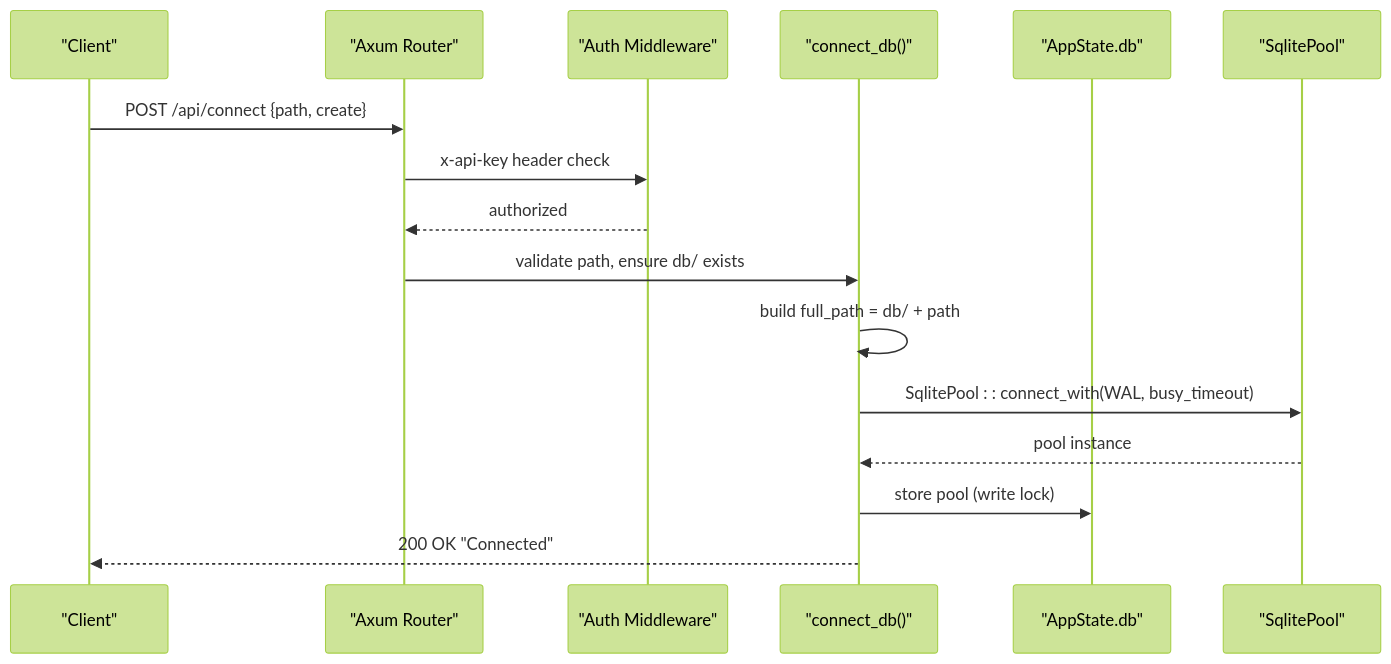
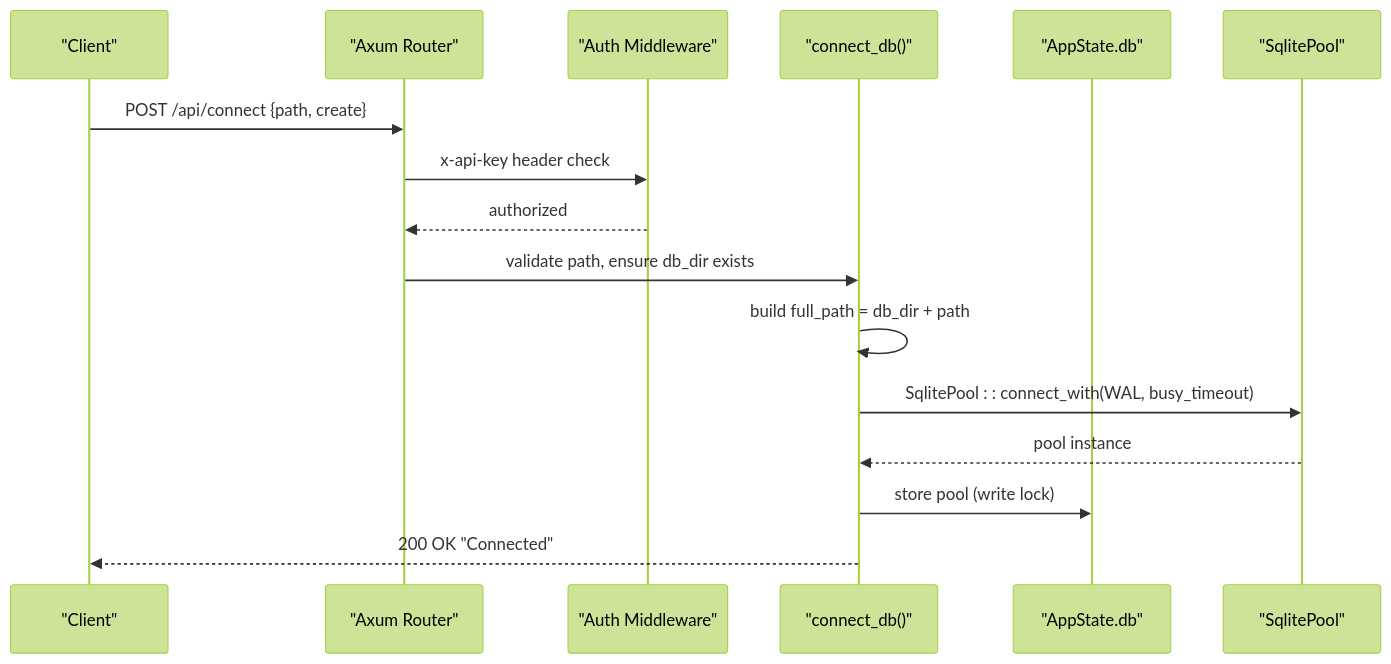
The second of 4 diagrams in .qoder/repowiki/en/content/API Reference/Connection Management.md (sutanto1010/crablite), drawn with Mermaid (forest theme) before and after one commit. The commit also changed other lines of this file and 47 other files, not shown here.

````diff
--- a/.qoder/repowiki/en/content/API Reference/Connection Management.md
+++ b/.qoder/repowiki/en/content/API Reference/Connection Management.md
@@ -74,18 +91,18 @@
 ```mermaid
 sequenceDiagram
 participant C as "Client"
 participant R as "Axum Router"
 participant M as "Auth Middleware"
 participant H as "connect_db()"
 participant S as "AppState.db"
 participant P as "SqlitePool"
 C->>R : POST /api/connect {path, create}
 R->>M : x-api-key header check
 M-->>R : authorized
-R->>H : validate path, ensure db/ exists
-H->>H : build full_path = db/ + path
+R->>H : validate path, ensure db_dir exists
+H->>H : build full_path = db_dir + path
 H->>P : SqlitePool : : connect_with(WAL, busy_timeout)
 P-->>H : pool instance
 H->>S : store pool (write lock)
 H-->>C : 200 OK "Connected"
 ```
````
